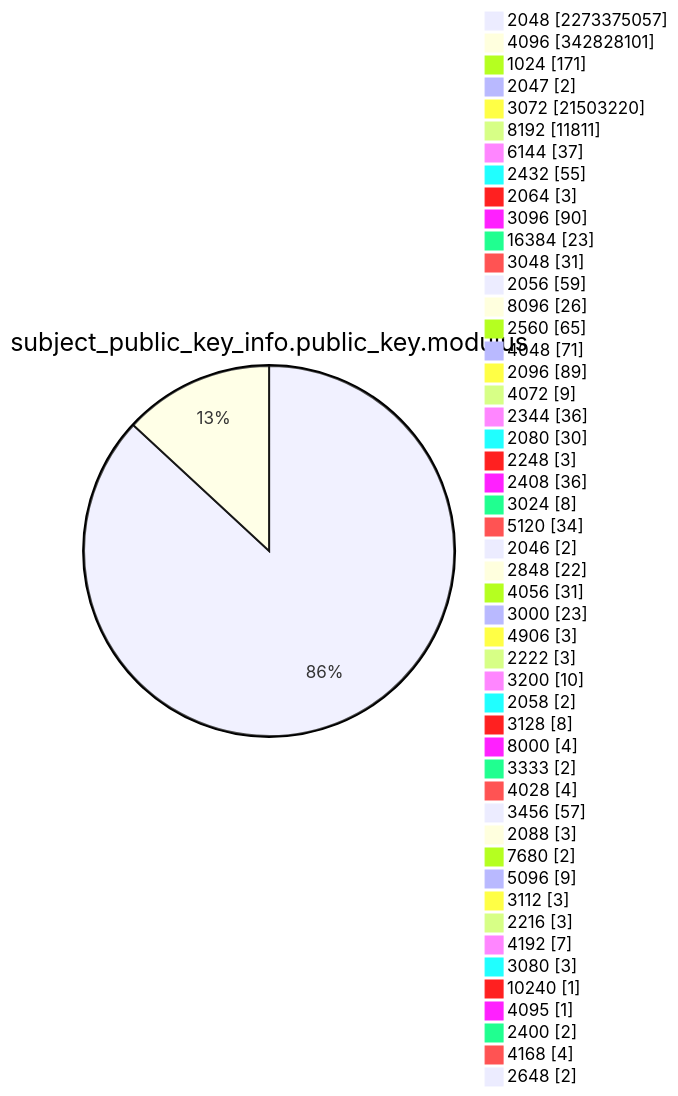
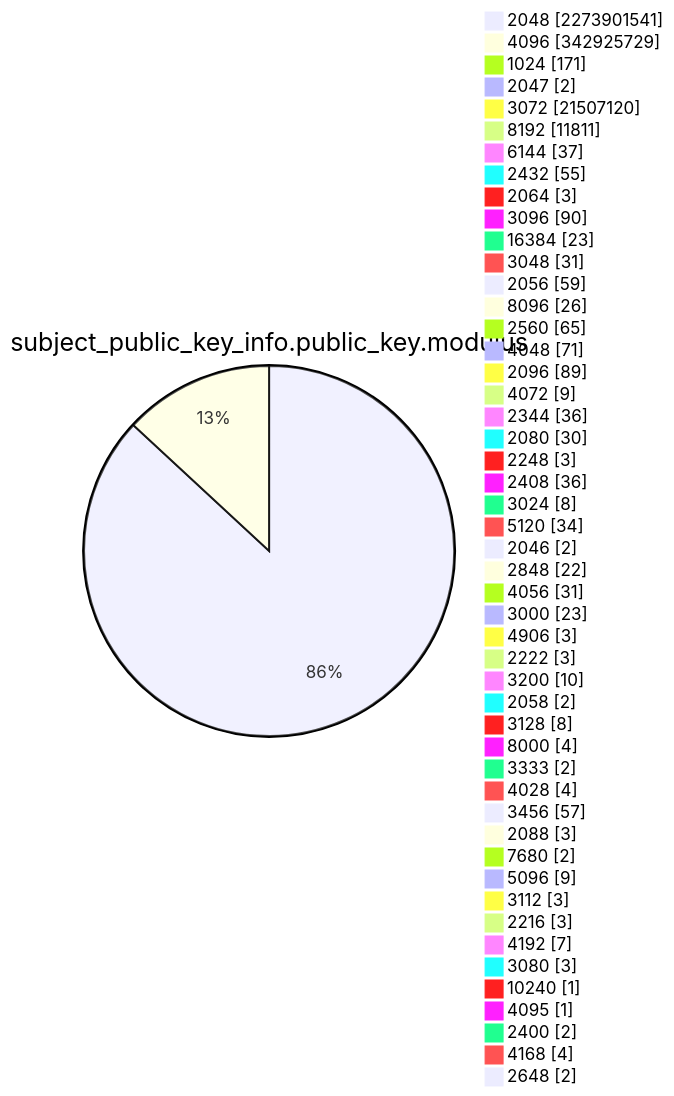
Before and after one commit to christiankrug/ctmonitor_visualization: diagram 13 of 15 in TOTAL/README.md, drawn with Mermaid. The commit also changed other lines of this file, not shown here.

````diff
--- a/TOTAL/README.md
+++ b/TOTAL/README.md
@@ -4167,53 +4167,53 @@
 ```mermaid
 pie showData
 title subject_public_key_info.public_key.modulus
-"2048" :2273375057
-"4096" :342828101
+"2048" :2273901541
+"4096" :342925729
 "1024" :171
 "2047" :2
-"3072" :21503220
+"3072" :21507120
 "8192" :11811
 "6144" :37
 "2432" :55
 "2064" :3
 "3096" :90
 "16384" :23
 "3048" :31
 "2056" :59
 "8096" :26
 "2560" :65
 "4048" :71
 "2096" :89
 "4072" :9
 "2344" :36
 "2080" :30
 "2248" :3
 "2408" :36
 "3024" :8
 "5120" :34
 "2046" :2
 "2848" :22
 "4056" :31
 "3000" :23
 "4906" :3
 "2222" :3
 "3200" :10
 "2058" :2
 "3128" :8
 "8000" :4
 "3333" :2
 "4028" :4
 "3456" :57
 "2088" :3
 "7680" :2
 "5096" :9
 "3112" :3
 "2216" :3
 "4192" :7
 "3080" :3
 "10240" :1
 "4095" :1
 "2400" :2
 "4168" :4
 "2648" :2
 ```
````
